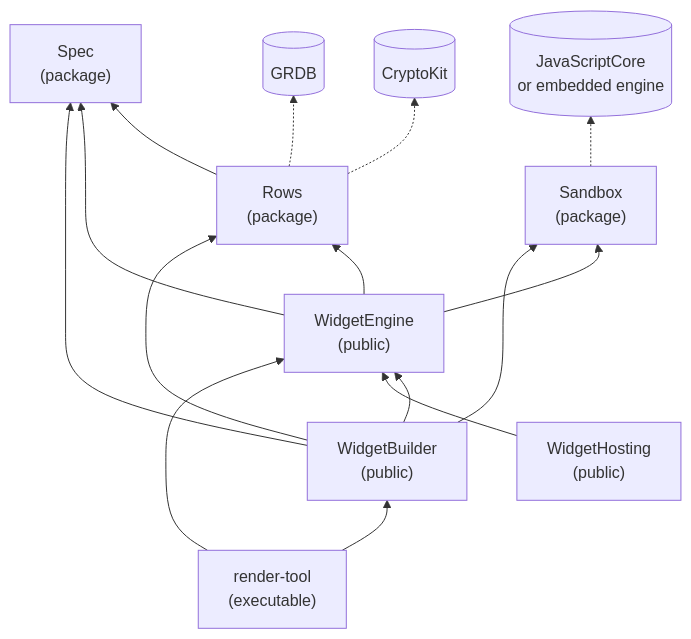
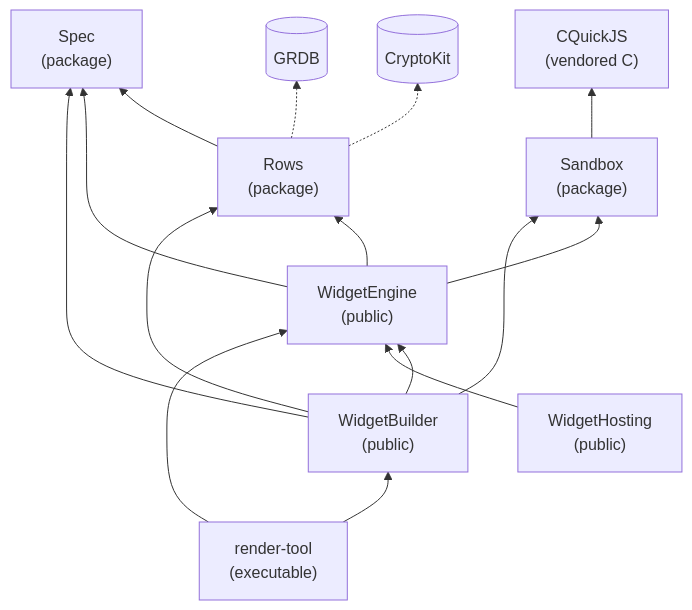
Before and after one commit to Krutik460/Widgie: the diagram in docs/engine/MODULES.md, drawn with Mermaid. The commit also changed other lines of this file and 90 other files, not shown here.

````diff
--- a/docs/engine/MODULES.md
+++ b/docs/engine/MODULES.md
@@ -5,19 +5,19 @@
 ```mermaid
 flowchart BT
   Spec["Spec<br/>(package)"]
   Rows["Rows<br/>(package)"] --> Spec
   Sandbox["Sandbox<br/>(package)"]
   Engine["WidgetEngine<br/>(public)"] --> Spec
   Engine --> Rows
   Engine --> Sandbox
   Builder["WidgetBuilder<br/>(public)"] --> Engine
   Builder --> Rows
   Builder --> Spec
   Builder --> Sandbox
   Hosting["WidgetHosting<br/>(public)"] --> Engine
   Tool["render-tool<br/>(executable)"] --> Builder
   Tool --> Engine
   Rows -.-> GRDB[(GRDB)]
   Rows -.-> Crypto[(CryptoKit)]
-  Sandbox -.-> JSC[(JavaScriptCore<br/>or embedded engine)]
+  Sandbox --> QJS["CQuickJS<br/>(vendored C)"]
 ```
````
